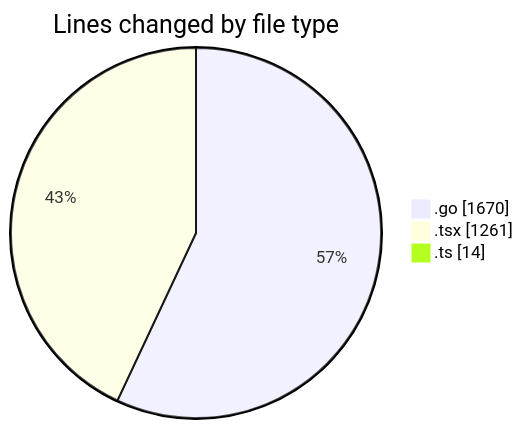
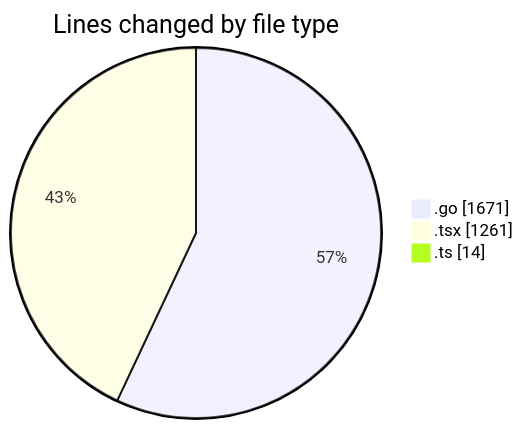
Before and after one commit to robertbonfada/code-tracking: the first of 2 diagrams in 2025-03-05/termonied_testador/README.md, drawn with Mermaid. The commit also changed other lines of this file and 1 other file, not shown here.

````diff
--- a/2025-03-05/termonied_testador/README.md
+++ b/2025-03-05/termonied_testador/README.md
@@ -31,7 +31,7 @@
 ```mermaid
 pie showData
 title Lines changed by file type
-".go" : 1670
+".go" : 1671
 ".tsx" : 1261
 ".ts" : 14
 ```
````
